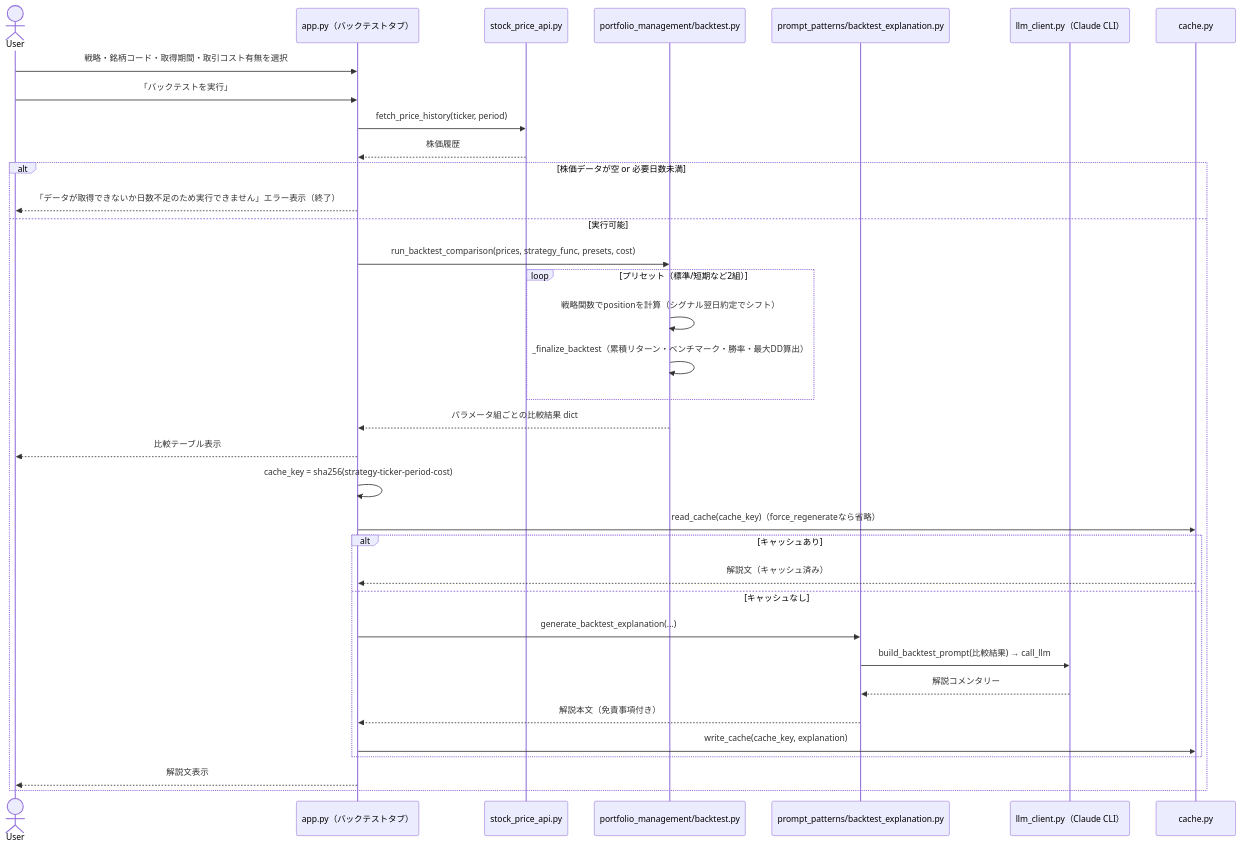
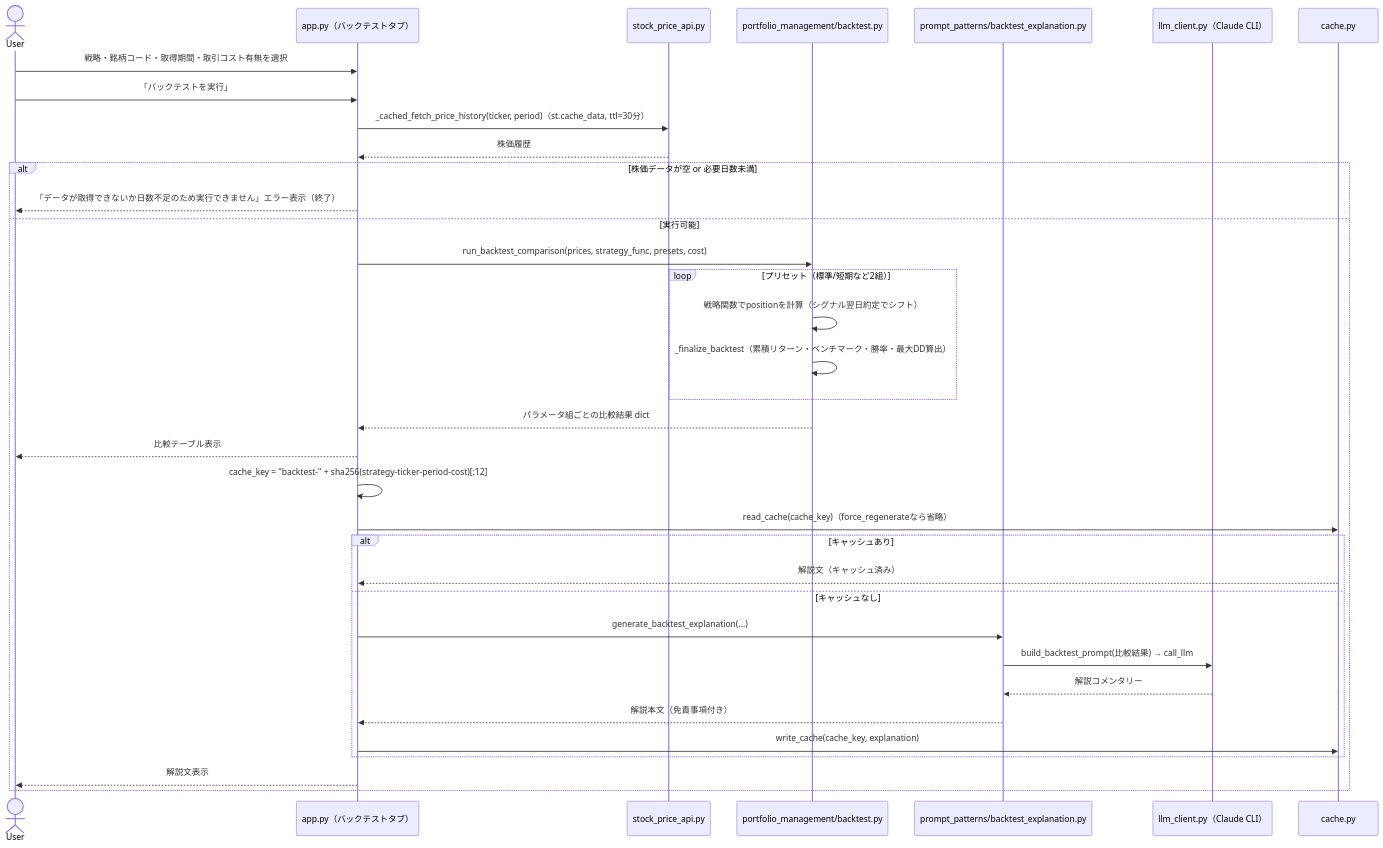
Before and after one commit to duwenji/ai-stock-investing-tutorial: the fourth of 7 diagrams in app/docs/app-design.md, drawn with Mermaid. The commit also changed other lines of this file and 1 other file, not shown here.

````diff
--- a/app/docs/app-design.md
+++ b/app/docs/app-design.md
@@ -291,38 +333,38 @@
 ```mermaid
 sequenceDiagram
     actor User
     participant UI as app.py（バックテストタブ）
     participant PriceAPI as stock_price_api.py
     participant Backtest as portfolio_management/backtest.py
     participant BacktestP as prompt_patterns/backtest_explanation.py
     participant LLM as llm_client.py（Claude CLI）
     participant Cache as cache.py
 
     User->>UI: 戦略・銘柄コード・取得期間・取引コスト有無を選択
     User->>UI: 「バックテストを実行」
-    UI->>PriceAPI: fetch_price_history(ticker, period)
+    UI->>PriceAPI: _cached_fetch_price_history(ticker, period)（st.cache_data, ttl=30分）
     PriceAPI-->>UI: 株価履歴
     alt 株価データが空 or 必要日数未満
         UI-->>User: 「データが取得できないか日数不足のため実行できません」エラー表示（終了）
     else 実行可能
         UI->>Backtest: run_backtest_comparison(prices, strategy_func, presets, cost)
         loop プリセット（標準/短期など2組）
             Backtest->>Backtest: 戦略関数でpositionを計算（シグナル翌日約定でシフト）
             Backtest->>Backtest: _finalize_backtest（累積リターン・ベンチマーク・勝率・最大DD算出）
         end
         Backtest-->>UI: パラメータ組ごとの比較結果 dict
         UI-->>User: 比較テーブル表示
-        UI->>UI: cache_key = sha256(strategy-ticker-period-cost)
+        UI->>UI: cache_key = "backtest-" + sha256(strategy-ticker-period-cost)[:12]
         UI->>Cache: read_cache(cache_key)（force_regenerateなら省略）
         alt キャッシュあり
             Cache-->>UI: 解説文（キャッシュ済み）
         else キャッシュなし
             UI->>BacktestP: generate_backtest_explanation(...)
             BacktestP->>LLM: build_backtest_prompt(比較結果) → call_llm
             LLM-->>BacktestP: 解説コメンタリー
             BacktestP-->>UI: 解説本文（免責事項付き）
             UI->>Cache: write_cache(cache_key, explanation)
         end
         UI-->>User: 解説文表示
     end
 ```
````
